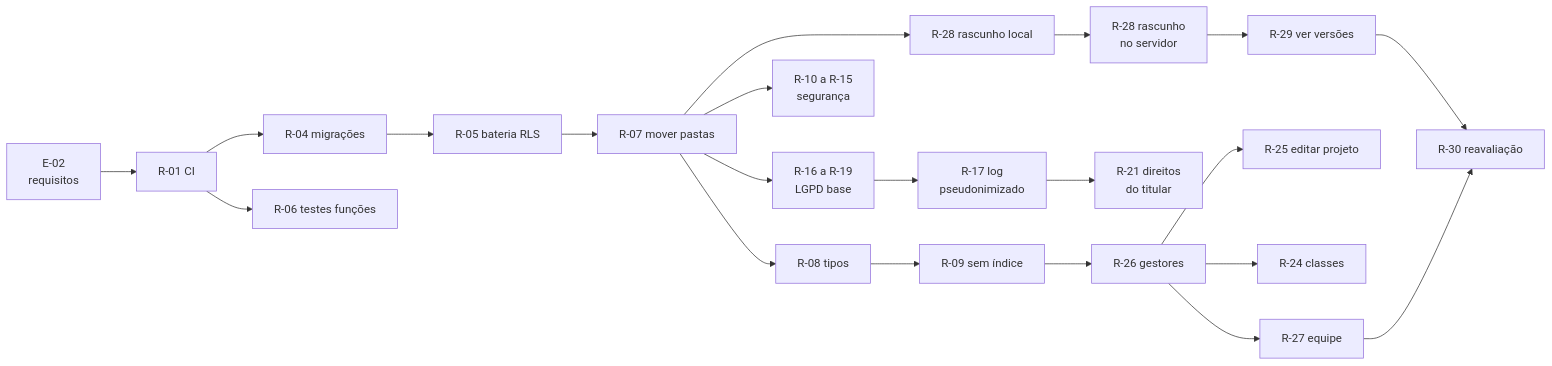
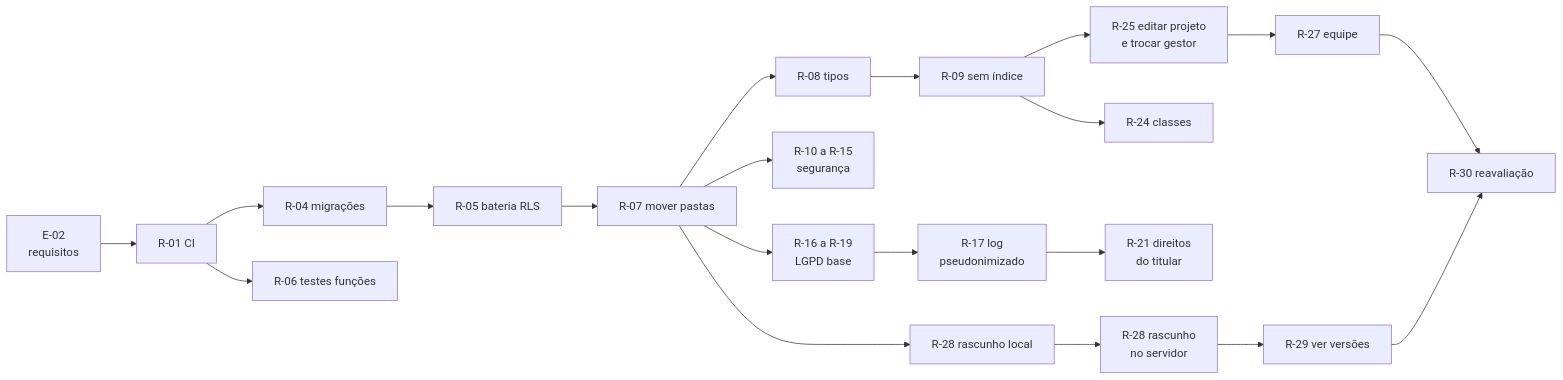
One commit to Matheus-Lordron/ki67 changed the second of 2 diagrams in docs/06-plano-de-execucao.md. Above: the diagram before and after it, drawn with Mermaid. The commit also changed other lines of this file and 1 other file, not shown here.

Commit message:
docs: um único gestor por projeto, trocado pelo admin (R-26 cancelada)

````diff
--- a/docs/06-plano-de-execucao.md
+++ b/docs/06-plano-de-execucao.md
@@ -179,16 +178,15 @@
 ```mermaid
 flowchart LR
     E02["E-02<br/>requisitos"] --> R01
     R01["R-01 CI"] --> R04["R-04 migrações"] --> R05["R-05 bateria RLS"]
     R01 --> R06["R-06 testes funções"]
     R05 --> R07["R-07 mover pastas"] --> R08["R-08 tipos"] --> R09["R-09 sem índice"]
     R07 --> R10["R-10 a R-15<br/>segurança"]
     R07 --> R16["R-16 a R-19<br/>LGPD base"]
-    R09 --> R26["R-26 gestores"] --> R27["R-27 equipe"]
-    R26 --> R25["R-25 editar projeto"]
-    R26 --> R24["R-24 classes"]
+    R09 --> R25["R-25 editar projeto<br/>e trocar gestor"] --> R27["R-27 equipe"]
+    R09 --> R24["R-24 classes"]
     R16 --> R17["R-17 log<br/>pseudonimizado"] --> R21["R-21 direitos<br/>do titular"]
     R07 --> R28a["R-28 rascunho local"] --> R28b["R-28 rascunho<br/>no servidor"]
     R28b --> R29["R-29 ver versões"] --> R30["R-30 reavaliação"]
     R27 --> R30
 ```
````
